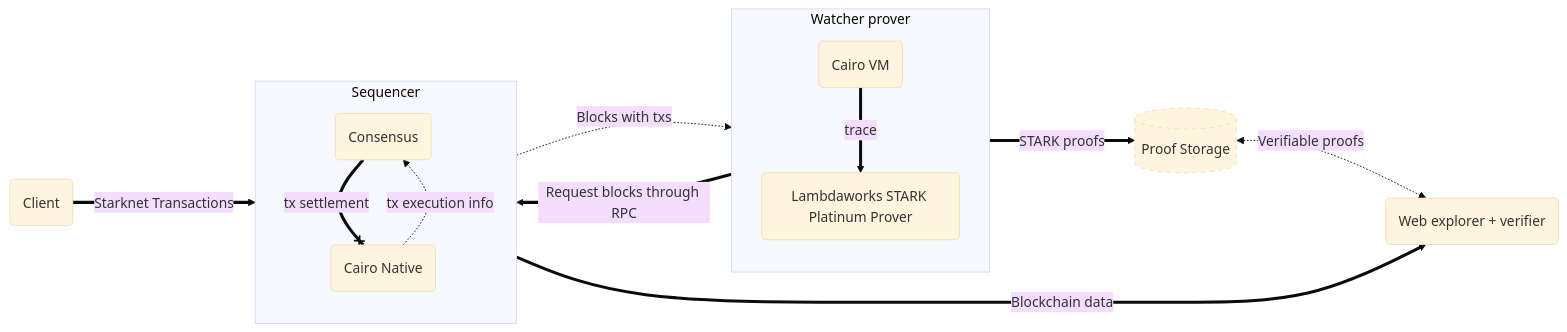
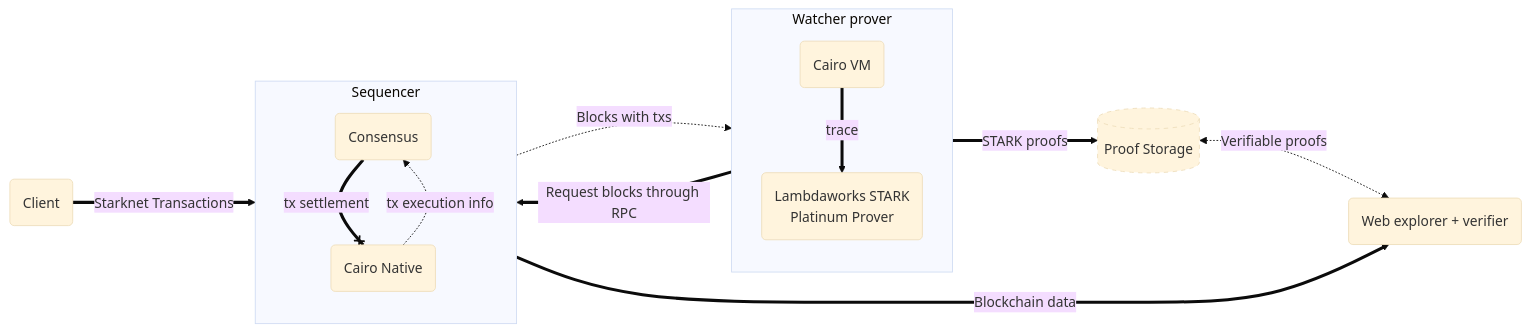
One commit to lambdaclass/starknet_stack changed the diagram in README.md. Above: the diagram before and after it, drawn with Mermaid (base theme).

``````diff
--- a/README.md
+++ b/README.md
@@ -7,18 +7,18 @@
 `````mermaid
 flowchart LR
 	A("Client") ==>|"Starknet Transactions"| Sequencer
 	Sequencer -.->|"Blocks with txs"| watcher-prover["Watcher prover"]
 	watcher-prover ==>|"Request blocks through RPC "| Sequencer
 	watcher-prover ==>|"STARK proofs"| Db[("Proof Storage")]
 	style Db stroke-dasharray: 5
 	subgraph watcher-prover["Watcher prover"]
-		cairo-vm("Cairo VM") ==>|"trace"| prover("Lambdaworks STARK Platinum Prover")
+		cairo-vm("Cairo VM") ==>|"trace"| prover("Lambdaworks STARK<br>  Platinum Prover")
 	end
 	subgraph Sequencer
 		C("Consensus") ==x|"tx settlement"| B("Cairo Native")
 		B -.->|"tx execution info"| C
 	end
     Sequencer ===>|"Blockchain data"| Explorer("Web explorer + verifier")
     Db <-.-> |"Verifiable proofs"| Explorer
     
 `````
``````
